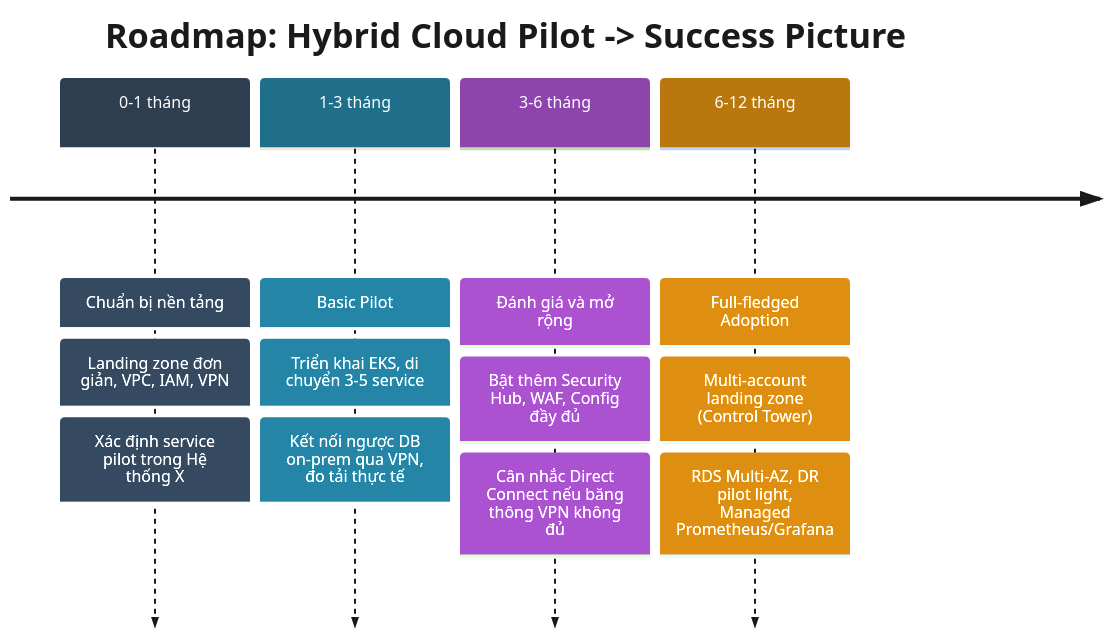
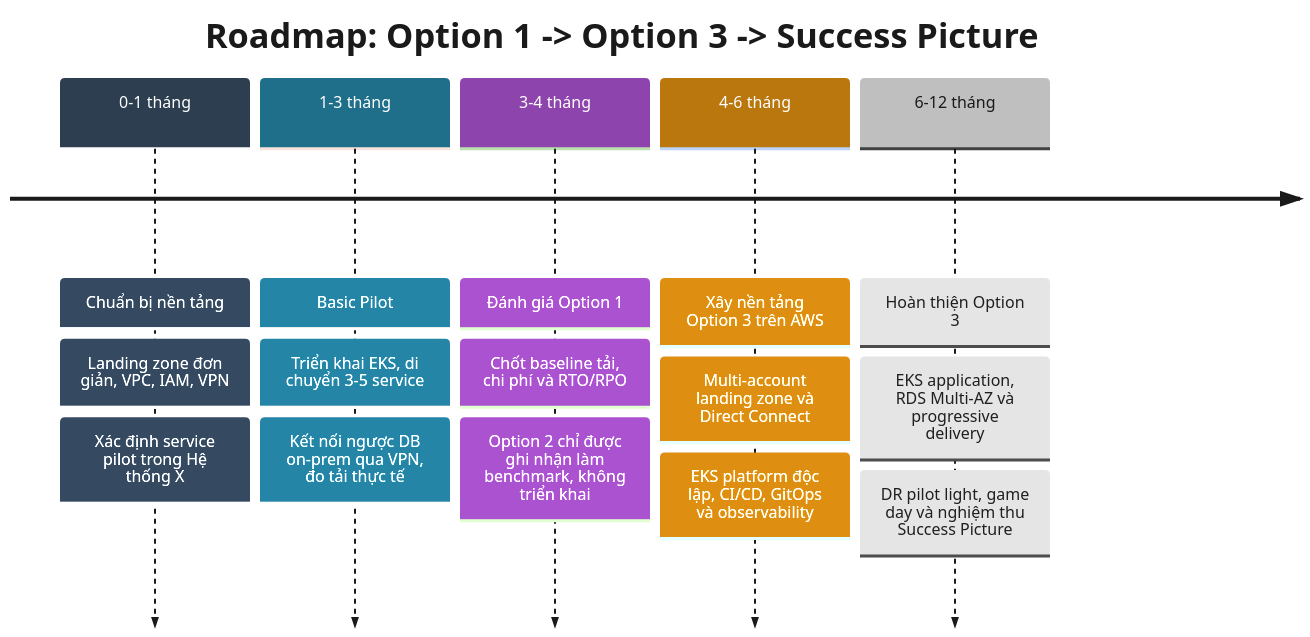
One commit to hinorashi/homecommer changed the fifth of 5 diagrams in aws-adoption-for-sme.md. Above: the diagram before and after it, drawn with Mermaid. The commit also changed other lines of this file, not shown here.

Commit message:
Cập nhật tài liệu AWS Cloud Adoption: cải tiến mô tả nguyên tắc thiết kế, bổ sung chi tiết về ba option triển khai và điều chỉnh nội dung cho phù hợp với lộ trình hybrid cloud.

````diff
--- a/aws-adoption-for-sme.md
+++ b/aws-adoption-for-sme.md
@@ -419,17 +490,20 @@
 ```mermaid
 %%{ init: { 'theme': 'base', 'themeVariables': { 'primaryColor': '#ffffff', 'primaryTextColor': '#1a1a1a', 'primaryBorderColor': '#2c3e50', 'lineColor': '#2c3e50', 'tertiaryColor': '#f4f4f4', 'cScale0': '#2c3e50', 'cScaleLabel0': '#ffffff', 'cScale1': '#1f6f8b', 'cScaleLabel1': '#ffffff', 'cScale2': '#8e44ad', 'cScaleLabel2': '#ffffff', 'cScale3': '#b9770e', 'cScaleLabel3': '#ffffff' } } }%%
 timeline
-  title Roadmap: Hybrid Cloud Pilot -> Success Picture
+  title Roadmap: Option 1 -> Option 3 -> Success Picture
   0-1 tháng : Chuẩn bị nền tảng
              : Landing zone đơn giản, VPC, IAM, VPN
              : Xác định service pilot trong Hệ thống X
   1-3 tháng : Basic Pilot
              : Triển khai EKS, di chuyển 3-5 service
              : Kết nối ngược DB on-prem qua VPN, đo tải thực tế
-  3-6 tháng : Đánh giá và mở rộng
-             : Bật thêm Security Hub, WAF, Config đầy đủ
-             : Cân nhắc Direct Connect nếu băng thông VPN không đủ
-  6-12 tháng : Full-fledged Adoption
-              : Multi-account landing zone (Control Tower)
-              : RDS Multi-AZ, DR pilot light, Managed Prometheus/Grafana
+  3-4 tháng : Đánh giá Option 1
+             : Chốt baseline tải, chi phí và RTO/RPO
+             : Option 2 chỉ được ghi nhận làm benchmark, không triển khai
+  4-6 tháng : Xây nền tảng Option 3 trên AWS
+             : Multi-account landing zone và Direct Connect
+             : EKS platform độc lập, CI/CD, GitOps và observability
+  6-12 tháng : Hoàn thiện Option 3
+              : EKS application, RDS Multi-AZ và progressive delivery
+              : DR pilot light, game day và nghiệm thu Success Picture
 ```
````
